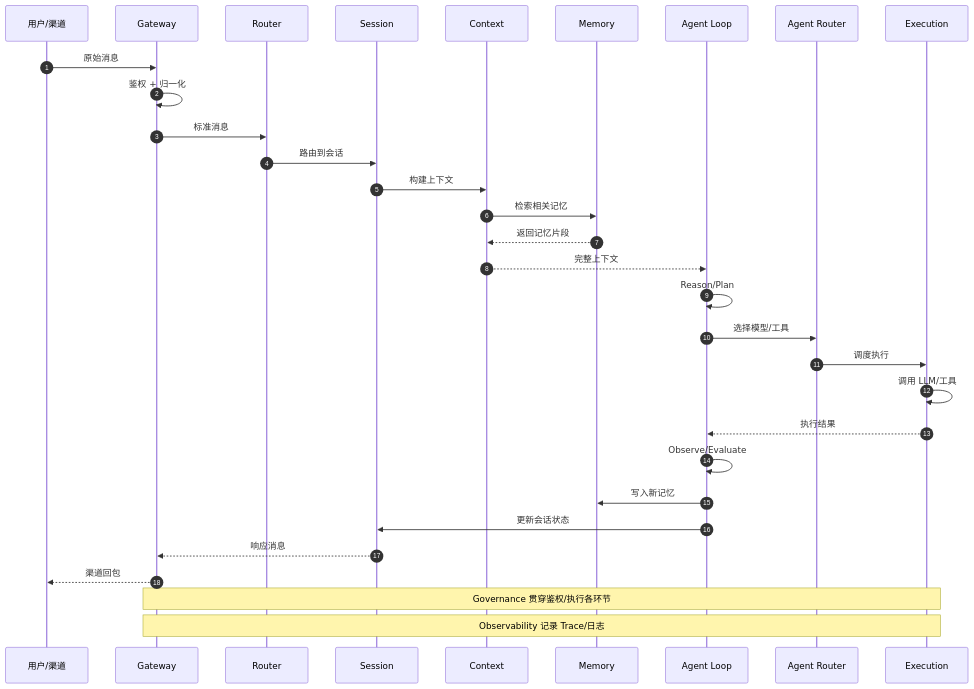
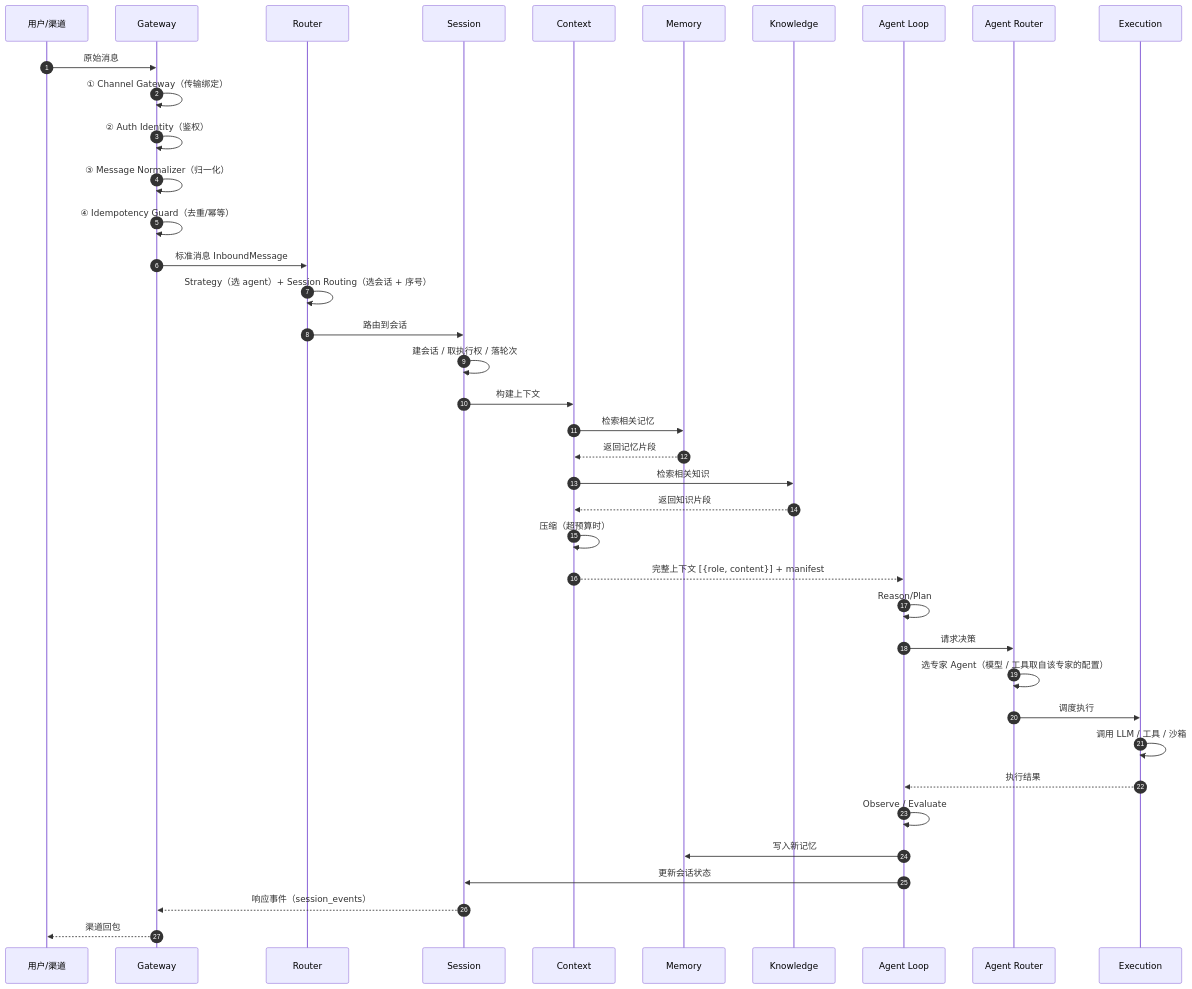
The diagram in docs/refactor/session-architecture/session-lifecycle-sequence.md (Lianjifu/QiZhiDaAgentPlatform), drawn with Mermaid before and after one commit. The commit also changed other lines of this file and 9 other files, not shown here.

````diff
--- a/docs/refactor/session-architecture/session-lifecycle-sequence.md
+++ b/docs/refactor/session-architecture/session-lifecycle-sequence.md
@@ -14,35 +14,42 @@
 ```mermaid
 sequenceDiagram
     autonumber
     participant U as 用户/渠道
     participant G as Gateway
     participant R as Router
     participant S as Session
     participant C as Context
     participant M as Memory
+    participant K as Knowledge
     participant AL as Agent Loop
     participant AR as Agent Router
     participant E as Execution
 
     U->>G: 原始消息
-    G->>G: 鉴权 + 归一化
-    G->>R: 标准消息
+    G->>G: ① Channel Gateway（传输绑定）
+    G->>G: ② Auth Identity（鉴权）
+    G->>G: ③ Message Normalizer（归一化）
+    G->>G: ④ Idempotency Guard（去重/幂等）
+    G->>R: 标准消息 InboundMessage
+    R->>R: Strategy（选 agent）+ Session Routing（选会话 + 序号）
     R->>S: 路由到会话
+    S->>S: 建会话 / 取执行权 / 落轮次
     S->>C: 构建上下文
     C->>M: 检索相关记忆
     M-->>C: 返回记忆片段
-    C-->>AL: 完整上下文
+    C->>K: 检索相关知识
+    K-->>C: 返回知识片段
+    C->>C: 压缩（超预算时）
+    C-->>AL: 完整上下文 [{role, content}] + manifest
     AL->>AL: Reason/Plan
-    AL->>AR: 选择模型/工具
+    AL->>AR: 请求决策
+    AR->>AR: 选专家 Agent（模型 / 工具取自该专家的配置）
     AR->>E: 调度执行
-    E->>E: 调用 LLM/工具
+    E->>E: 调用 LLM / 工具 / 沙箱
     E-->>AL: 执行结果
-    AL->>AL: Observe/Evaluate
+    AL->>AL: Observe / Evaluate
     AL->>M: 写入新记忆
     AL->>S: 更新会话状态
-    S-->>G: 响应消息
+    S-->>G: 响应事件（session_events）
     G-->>U: 渠道回包
-
-    Note over G,E: Governance 贯穿鉴权/执行各环节
-    Note over G,E: Observability 记录 Trace/日志
 ```
````
